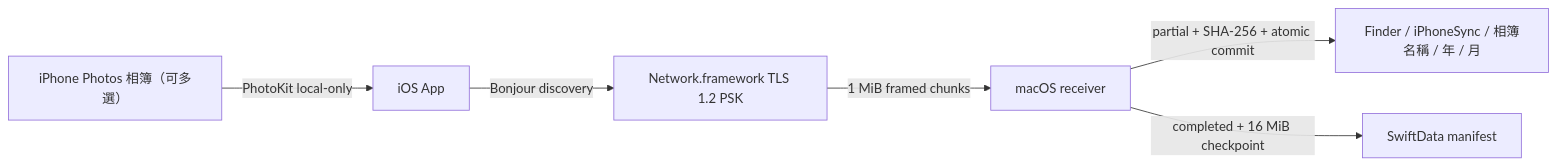
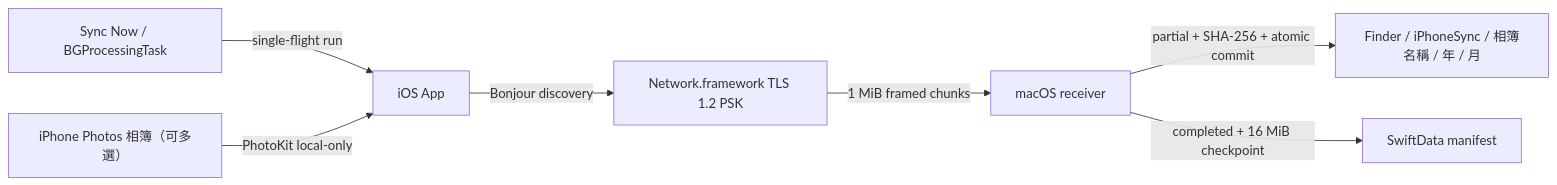
Before and after one commit to BizShuk/iphone_sync: the diagram in README.md, drawn with Mermaid. The commit also changed other lines of this file and 42 other files, not shown here.

````diff
--- a/README.md
+++ b/README.md
@@ -17,8 +18,9 @@
 ```mermaid
 flowchart LR
-    A["iPhone Photos 相簿（可多選）"] -->|"PhotoKit local-only"| B["iOS App"]
-    B -->|"Bonjour discovery"| C["Network.framework TLS 1.2 PSK"]
+    T["Sync Now / BGProcessingTask"] -->|"single-flight run"| A["iOS App"]
+    P["iPhone Photos 相簿（可多選）"] -->|"PhotoKit local-only"| A
+    A -->|"Bonjour discovery"| C["Network.framework TLS 1.2 PSK"]
     C -->|"1 MiB framed chunks"| D["macOS receiver"]
     D -->|"partial + SHA-256 + atomic commit"| E["Finder / iPhoneSync / 相簿名稱 / 年 / 月"]
     D -->|"completed + 16 MiB checkpoint"| F["SwiftData manifest"]
 ```
````
